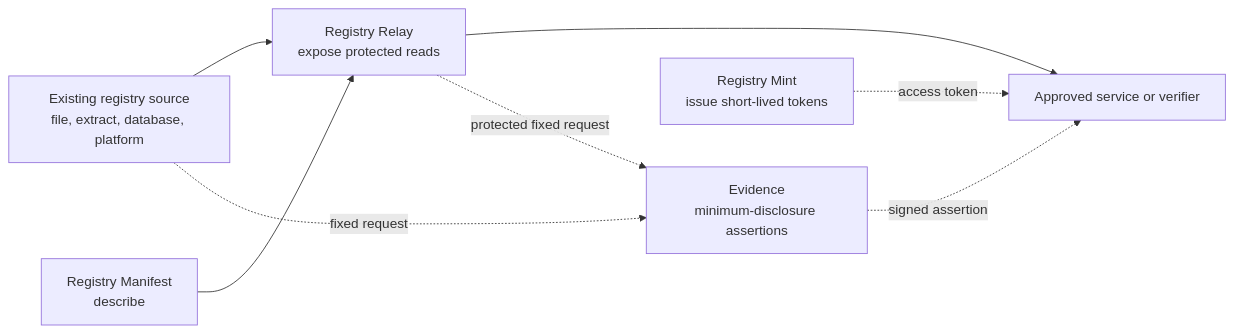
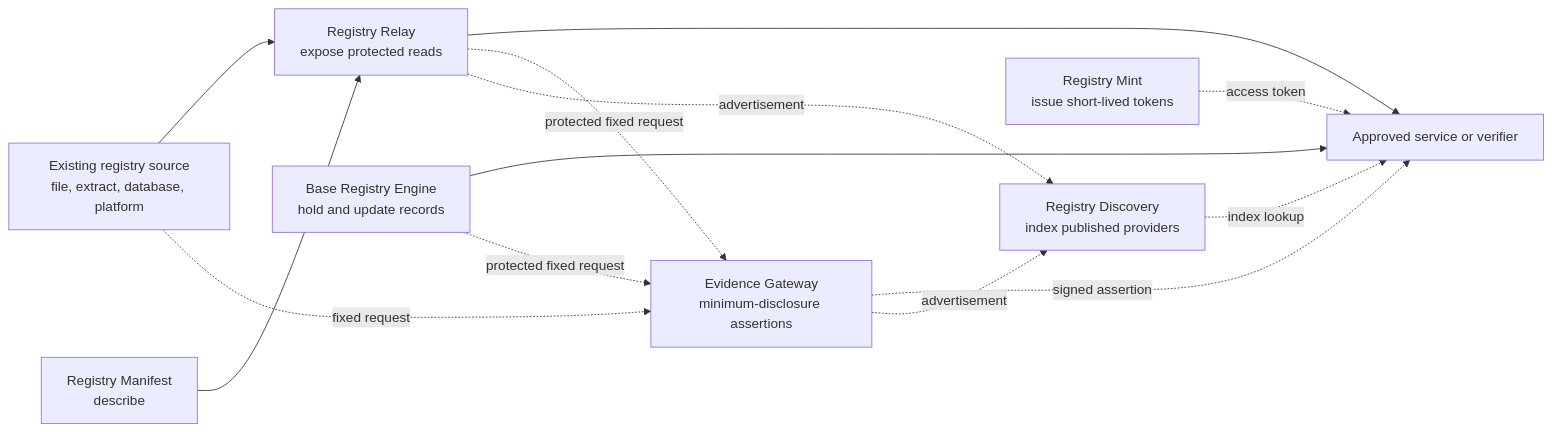
One commit to registrystack/registry-stack changed the diagram in README.md. Above: the diagram before and after it, drawn with Mermaid. The commit also changed other lines of this file and 1 other file, not shown here.

````diff
--- a/README.md
+++ b/README.md
@@ -53,17 +98,24 @@
 ```mermaid
 flowchart LR
     source["Existing registry source<br/>file, extract, database, platform"]
     manifest["Registry Manifest<br/>describe"]
     relay["Registry Relay<br/>expose protected reads"]
-    evidence["Evidence<br/>minimum-disclosure assertions"]
+    breg["Base Registry Engine<br/>hold and update records"]
+    evidence["Evidence Gateway<br/>minimum-disclosure assertions"]
+    discovery["Registry Discovery<br/>index published providers"]
     mint["Registry Mint<br/>issue short-lived tokens"]
     caller["Approved service or verifier"]
 
     source --> relay
     manifest --> relay
     relay --> caller
+    breg --> caller
     source -. fixed request .-> evidence
     relay -. protected fixed request .-> evidence
+    breg -. protected fixed request .-> evidence
     evidence -. signed assertion .-> caller
     mint -. access token .-> caller
+    relay -. advertisement .-> discovery
+    evidence -. advertisement .-> discovery
+    discovery -. index lookup .-> caller
 ```
````
